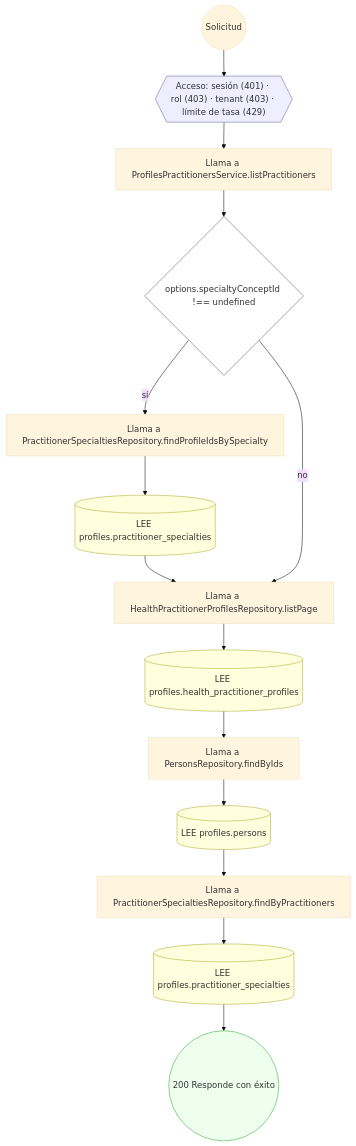
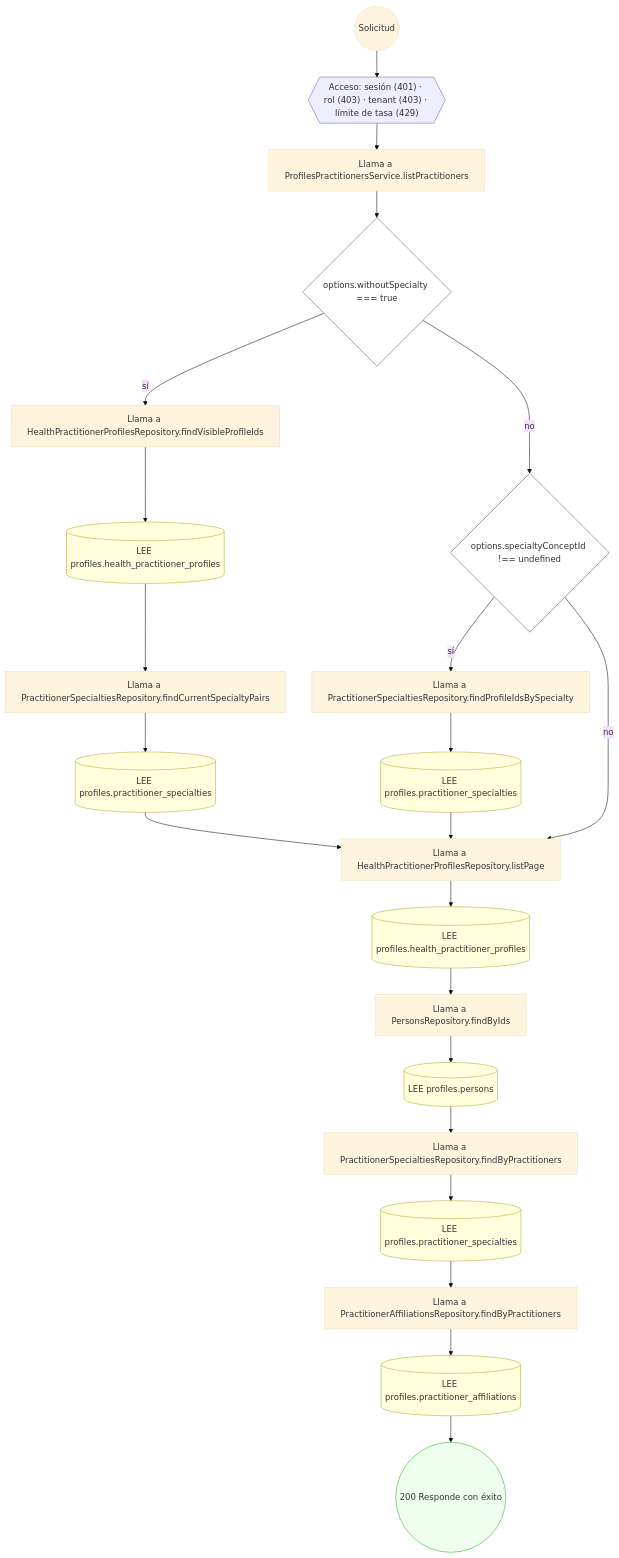
Diagram 27 of 55 in docs/inventario/flujos/profiles.md (mdavila-2001/mantra-core-health-api), drawn with Mermaid (base theme) before and after one commit. The commit also changed other lines of this file and 451 other files, not shown here.

````diff
--- a/docs/inventario/flujos/profiles.md
+++ b/docs/inventario/flujos/profiles.md
@@ -1761,35 +2585,50 @@
 ```mermaid
 flowchart TD
   n1(("Solicitud")):::inicio
   n2{{"Acceso: sesión (401) · rol (403) · tenant (403) · límite de tasa (429)"}}:::acceso
   n1 --> n2
   n3["Llama a ProfilesPractitionersService.listPractitioners"]:::llamada
   n2 --> n3
-  n4{"options.specialtyConceptId !== undefined"}:::decision
+  n4{"options.withoutSpecialty === true"}:::decision
   n3 --> n4
-  n5["Llama a PractitionerSpecialtiesRepository.findProfileIdsBySpecialty"]:::llamada
+  n5["Llama a HealthPractitionerProfilesRepository.findVisibleProfileIds"]:::llamada
   n4 -->|"sí"| n5
-  n6[("LEE profiles.practitioner_specialties")]:::efecto
+  n6[("LEE profiles.health_practitioner_profiles")]:::efecto
   n5 --> n6
-  n7["Llama a HealthPractitionerProfilesRepository.listPage"]:::llamada
+  n7["Llama a PractitionerSpecialtiesRepository.findCurrentSpecialtyPairs"]:::llamada
   n6 --> n7
-  n4 -->|"no"| n7
-  n8[("LEE profiles.health_practitioner_profiles")]:::efecto
+  n8[("LEE profiles.practitioner_specialties")]:::efecto
   n7 --> n8
-  n9["Llama a PersonsRepository.findByIds"]:::llamada
-  n8 --> n9
-  n10[("LEE profiles.persons")]:::efecto
-  n9 --> n10
-  n11["Llama a PractitionerSpecialtiesRepository.findByPractitioners"]:::llamada
+  n9{"options.specialtyConceptId !== undefined"}:::decision
+  n4 -->|"no"| n9
+  n10["Llama a PractitionerSpecialtiesRepository.findProfileIdsBySpecialty"]:::llamada
+  n9 -->|"sí"| n10
+  n11[("LEE profiles.practitioner_specialties")]:::efecto
   n10 --> n11
-  n12[("LEE profiles.practitioner_specialties")]:::efecto
+  n12["Llama a HealthPractitionerProfilesRepository.listPage"]:::llamada
+  n8 --> n12
   n11 --> n12
-  n13(("200 Responde con éxito")):::ok
+  n9 -->|"no"| n12
+  n13[("LEE profiles.health_practitioner_profiles")]:::efecto
   n12 --> n13
+  n14["Llama a PersonsRepository.findByIds"]:::llamada
+  n13 --> n14
+  n15[("LEE profiles.persons")]:::efecto
+  n14 --> n15
+  n16["Llama a PractitionerSpecialtiesRepository.findByPractitioners"]:::llamada
+  n15 --> n16
+  n17[("LEE profiles.practitioner_specialties")]:::efecto
+  n16 --> n17
+  n18["Llama a PractitionerAffiliationsRepository.findByPractitioners"]:::llamada
+  n17 --> n18
+  n19[("LEE profiles.practitioner_affiliations")]:::efecto
+  n18 --> n19
+  n20(("200 Responde con éxito")):::ok
+  n19 --> n20
   classDef acceso fill:#eef,stroke:#66a
   classDef error fill:#fee,stroke:#c33
   classDef ok fill:#efe,stroke:#3a3
   classDef efecto fill:#ffd,stroke:#aa3
   classDef decision fill:#fff,stroke:#555
   classDef corte fill:#eee,stroke:#999,stroke-dasharray: 4
 ```
````
